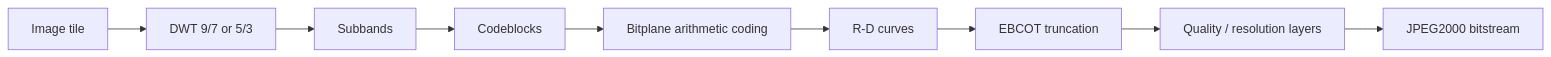
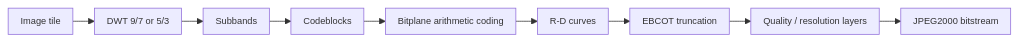
One commit to alessandro-vulcu-code/ICT2025 changed diagram 11 of 31 in First Year/Second Semester/Multimedia Communications/Summaries/Multimedia Communications - Complete Notes.md. Above: the diagram before and after it, drawn with Mermaid. The commit also changed other lines of this file and 582 other files, not shown here.

````diff
--- a/First Year/Second Semester/Multimedia Communications/Summaries/Multimedia Communications - Complete Notes.md
+++ b/First Year/Second Semester/Multimedia Communications/Summaries/Multimedia Communications - Complete Notes.md
@@ -3256,11 +3247,12 @@
 ```mermaid
+%%{init: {"flowchart": {"useMaxWidth": true, "htmlLabels": false, "nodeSpacing": 18, "rankSpacing": 28, "padding": 8}, "themeVariables": {"fontSize": "12px"}}}%%
 flowchart LR
-    A[Image tile] --> B[DWT 9/7 or 5/3]
-    B --> C[Subbands]
-    C --> D[Codeblocks]
-    D --> E[Bitplane arithmetic coding]
-    E --> F[R-D curves]
-    F --> G[EBCOT truncation]
-    G --> H[Quality / resolution layers]
-    H --> I[JPEG2000 bitstream]
+    A["Image tile"] --> B["DWT 9/7 or 5/3"]
+    B --> C["Subbands"]
+    C --> D["Codeblocks"]
+    D --> E["Bitplane arithmetic coding"]
+    E --> F["R-D curves"]
+    F --> G["EBCOT truncation"]
+    G --> H["Quality / resolution layers"]
+    H --> I["JPEG2000 bitstream"]
 ```
````
